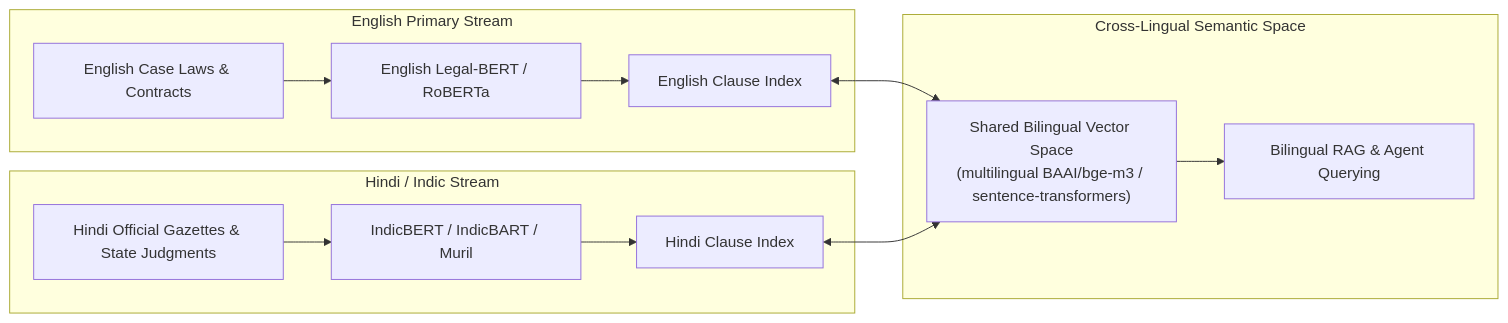
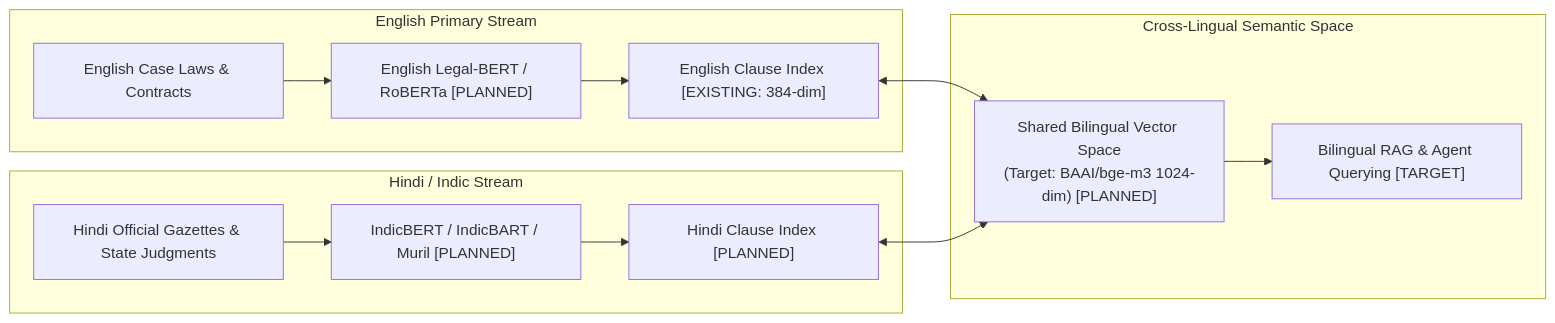
The second of 2 diagrams in 01_DATASET_ARCHITECTURE.md (Yatharthnagpal/review), drawn with Mermaid before and after one commit. The commit also changed other lines of this file and 18 other files, not shown here.

````diff
--- a/01_DATASET_ARCHITECTURE.md
+++ b/01_DATASET_ARCHITECTURE.md
@@ -135,18 +137,18 @@
 ```mermaid
 flowchart LR
     subgraph StreamA["English Primary Stream"]
-        EA1["English Case Laws & Contracts"] --> EA2["English Legal-BERT / RoBERTa"]
-        EA2 --> EA3["English Clause Index"]
+        EA1["English Case Laws & Contracts"] --> EA2["English Legal-BERT / RoBERTa [PLANNED]"]
+        EA2 --> EA3["English Clause Index [EXISTING: 384-dim]"]
     end
 
     subgraph StreamB["Hindi / Indic Stream"]
-        EB1["Hindi Official Gazettes & State Judgments"] --> EB2["IndicBERT / IndicBART / Muril"]
-        EB2 --> EB3["Hindi Clause Index"]
+        EB1["Hindi Official Gazettes & State Judgments"] --> EB2["IndicBERT / IndicBART / Muril [PLANNED]"]
+        EB2 --> EB3["Hindi Clause Index [PLANNED]"]
     end
 
     subgraph CrossLingualBridge["Cross-Lingual Semantic Space"]
-        EA3 <--> Alignment["Shared Bilingual Vector Space<br/>(multilingual BAAI/bge-m3 / sentence-transformers)"]
+        EA3 <--> Alignment["Shared Bilingual Vector Space<br/>(Target: BAAI/bge-m3 1024-dim) [PLANNED]"]
         EB3 <--> Alignment
-        Alignment --> HybridRetrieval["Bilingual RAG & Agent Querying"]
+        Alignment --> HybridRetrieval["Bilingual RAG & Agent Querying [TARGET]"]
     end
 ```
````
